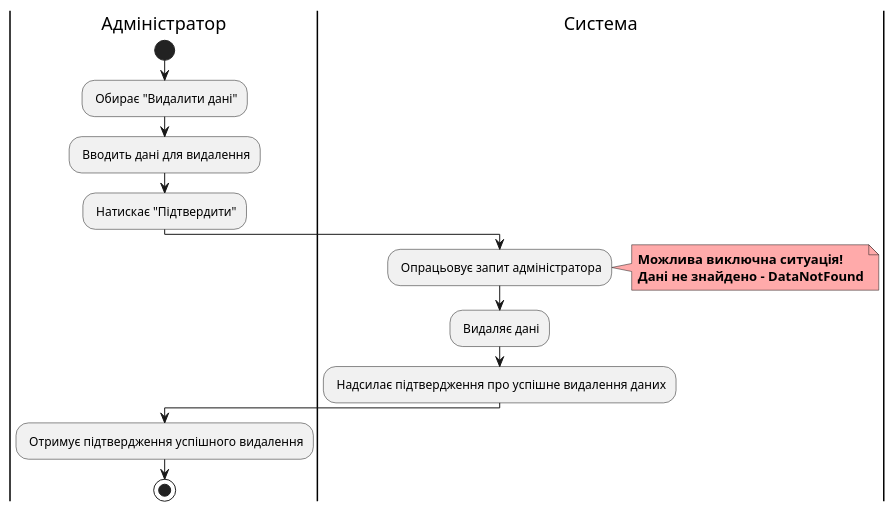
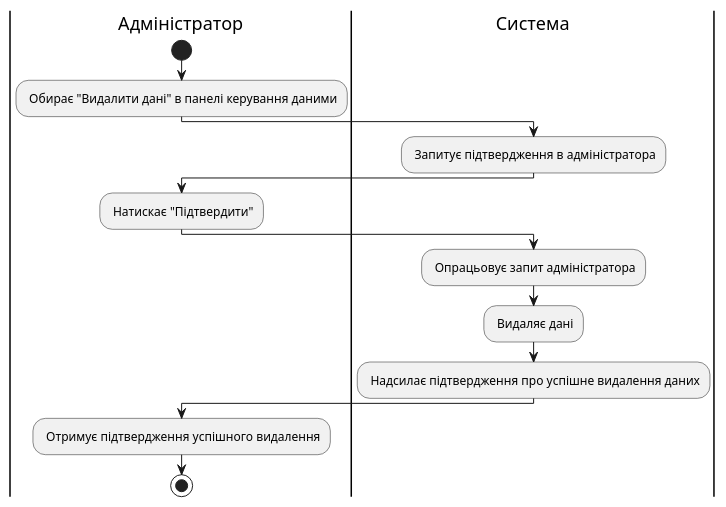
Diagram 14 of 19 in docs/use cases/README.md (watashone/db-labs), drawn with PlantUML before and after one commit. The commit also changed other lines of this file, not shown here.

```diff
--- a/docs/use cases/README.md
+++ b/docs/use cases/README.md
@@ -448,20 +485,18 @@
 @startuml
 
     |Адміністратор|
         start
-        : Обирає "Видалити дані";
-        : Вводить дані для видалення;
+        : Обирає "Видалити дані" в панелі керування даними;
+    |Система|
+        : Запитує підтвердження в адміністратора;
+    |Адміністратор|
         : Натискає "Підтвердити";
     |Система|
         : Опрацьовує запит адміністратора;
-        note right #ffaaaa
-        <b>Можлива виключна ситуація!
-        <b>Дані не знайдено - DataNotFound
-        end note
         : Видаляє дані;
         : Надсилає підтвердження про успішне видалення даних;
     |Адміністратор|
         : Отримує підтвердження успішного видалення;
         stop;
         
 @enduml
```
